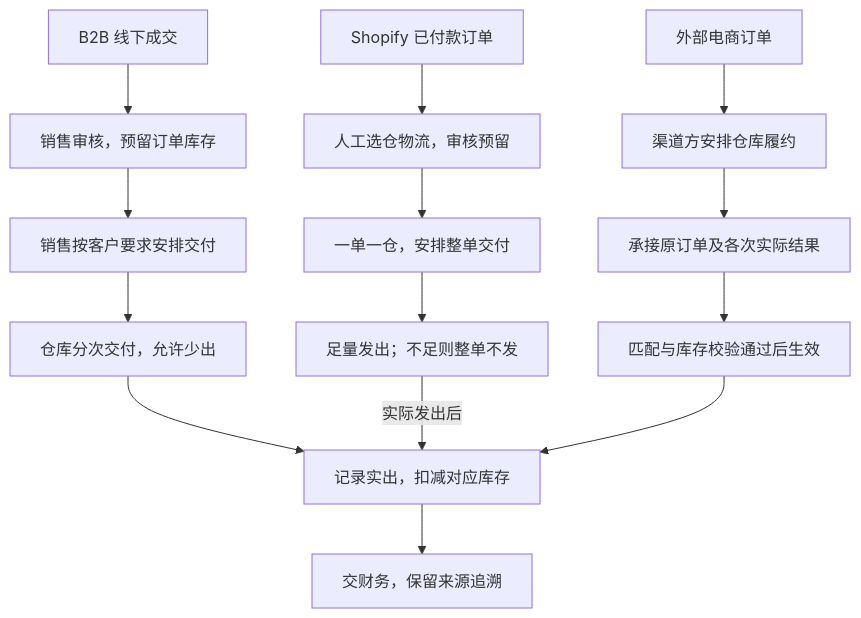
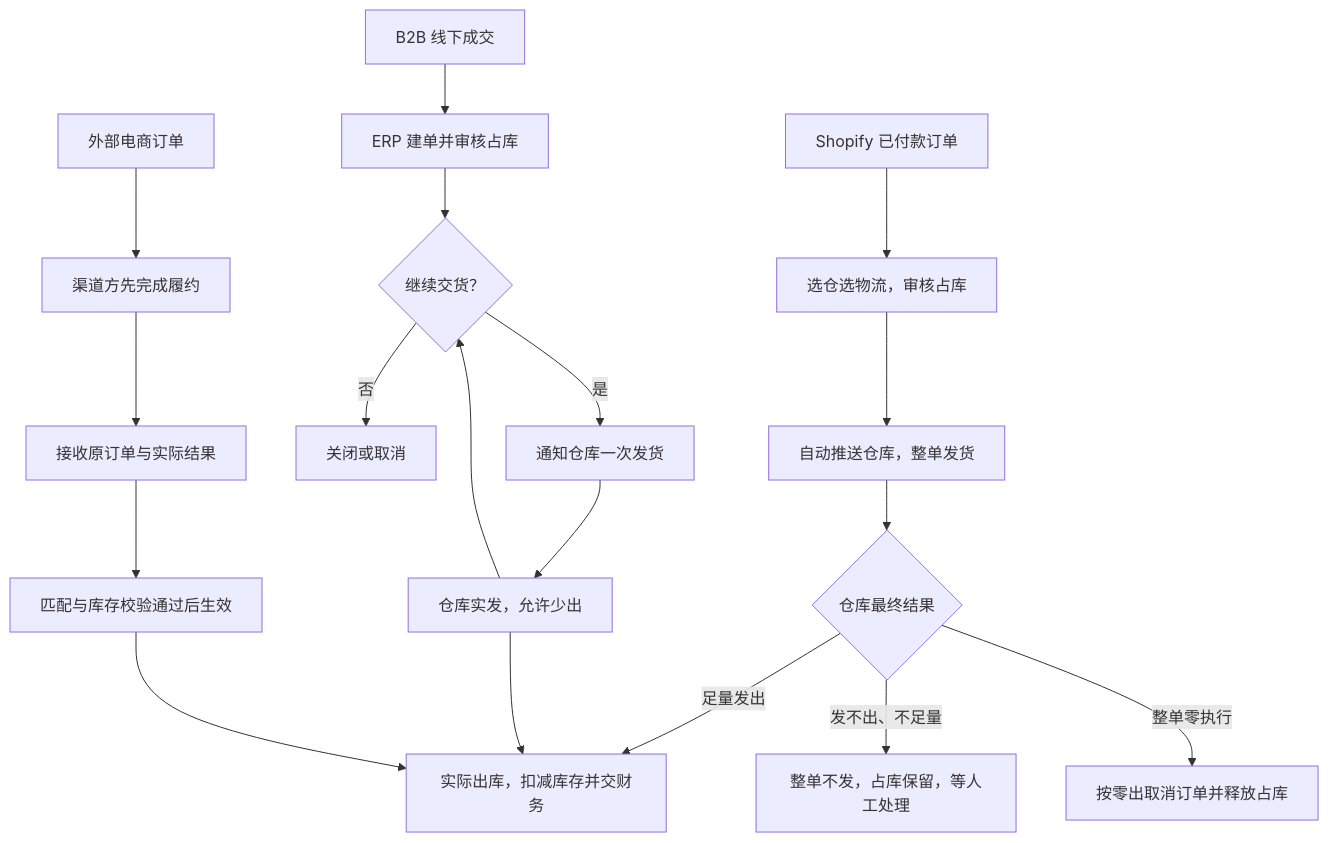
The first of 2 diagrams in 03-业务分析和设计/02-销售与履约业务设计.md (TopVitamin/QS-ERP-Project), drawn with Mermaid before and after one commit. The commit also changed other lines of this file and 32 other files, not shown here.

````diff
--- a/03-业务分析和设计/02-销售与履约业务设计.md
+++ b/03-业务分析和设计/02-销售与履约业务设计.md
@@ -52,16 +95,20 @@
 ```mermaid
 flowchart TB
-    A[B2B 线下成交] --> A1[销售审核，预留订单库存]
-    A1 --> A2[销售按客户要求安排交付]
-    A2 --> A3[仓库分次交付，允许少出]
-    B[Shopify 已付款订单] --> B1[人工选仓物流，审核预留]
-    B1 --> B2[一单一仓，安排整单交付]
-    B2 --> B3[足量发出；不足则整单不发]
-    C[外部电商订单] --> C1[渠道方安排仓库履约]
-    C1 --> C2[承接原订单及各次实际结果]
+    A[B2B 线下成交] --> A1[ERP 建单并审核占库]
+    A1 --> A2{继续交货？}
+    A2 -->|是| A3[通知仓库一次发货]
+    A3 --> A4[仓库实发，允许少出]
+    A4 --> A2
+    A2 -->|否| A5[关闭或取消]
+    B[Shopify 已付款订单] --> B1[选仓选物流，审核占库]
+    B1 --> B2[自动推送仓库，整单发货]
+    B2 --> B3{仓库最终结果}
+    B3 -->|足量发出| D[实际出库，扣减库存并交财务]
+    B3 -->|发不出、不足量| B5[整单不发，占库保留，等人工处理]
+    B3 -->|整单零执行| B4[按零出取消订单并释放占库]
+    C[外部电商订单] --> C1[渠道方先完成履约]
+    C1 --> C2[接收原订单与实际结果]
     C2 --> C3[匹配与库存校验通过后生效]
-    A3 --> D[记录实出，扣减对应库存]
-    B3 -->|实际发出后| D
+    A4 --> D
     C3 --> D
-    D --> E[交财务，保留来源追溯]
 ```
````
